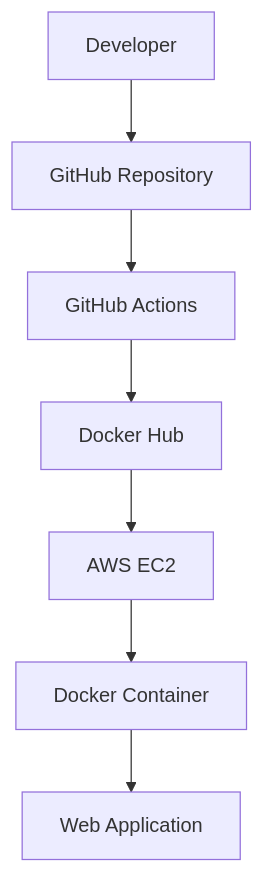
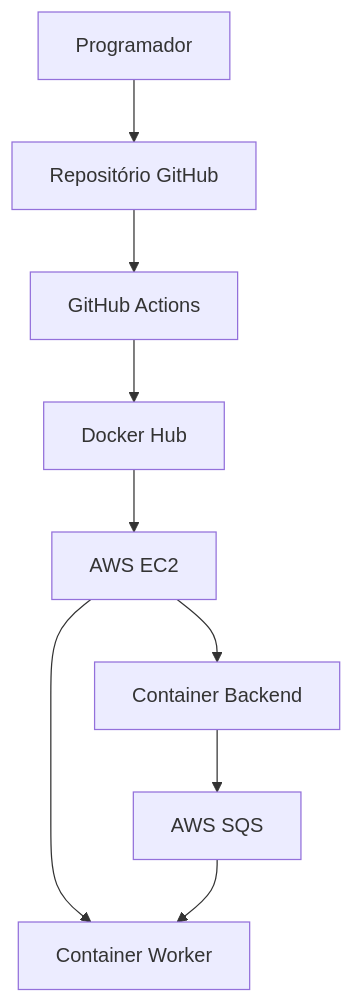
One commit to a22209712/cloud-project changed the diagram in docs/architecture.md. Above: the diagram before and after it, drawn with Mermaid. The commit also changed other lines of this file and 5 other files, not shown here.

````diff
--- a/docs/architecture.md
+++ b/docs/architecture.md
@@ -13,16 +9,20 @@
 ```mermaid
-flowchart TD
+graph TD
 
-A[Developer]
---> B[GitHub Repository]
+A[Programador]
+--> B[Repositório GitHub]
 
 B --> C[GitHub Actions]
 
 C --> D[Docker Hub]
 
 D --> E[AWS EC2]
 
-E --> F[Docker Container]
+E --> F[Container Backend]
 
-F --> G[Web Application]
+E --> G[Container Worker]
+
+F --> H[AWS SQS]
+
+H --> G
 ```
````
